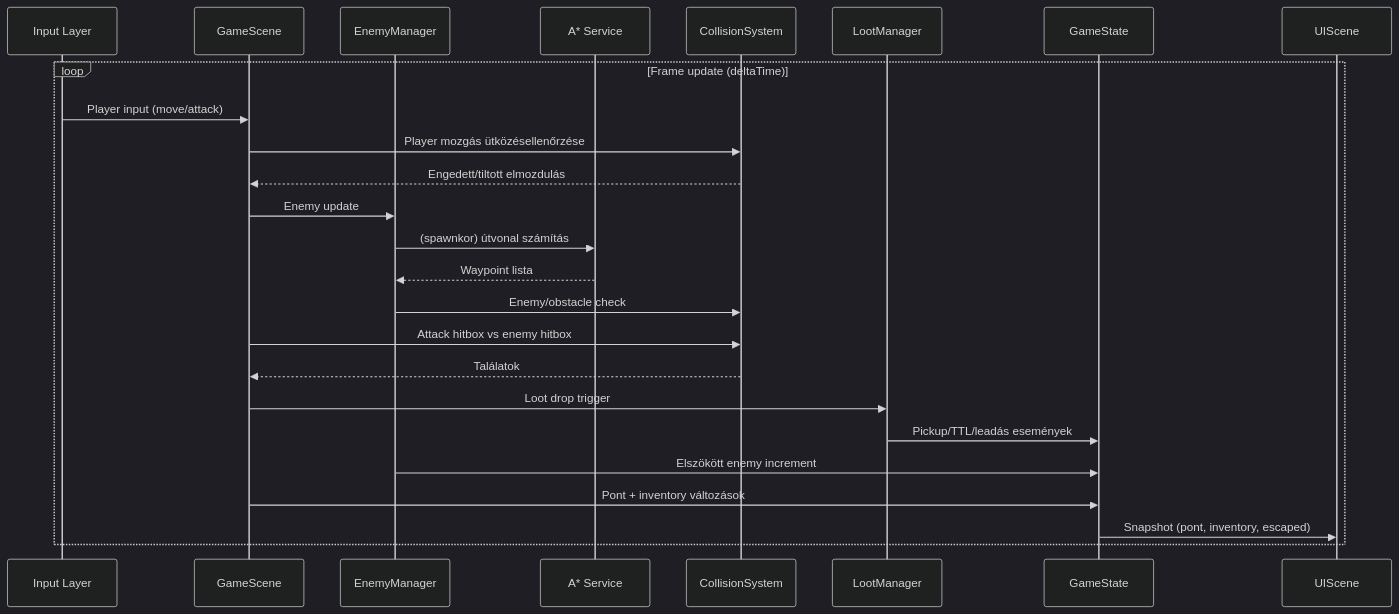
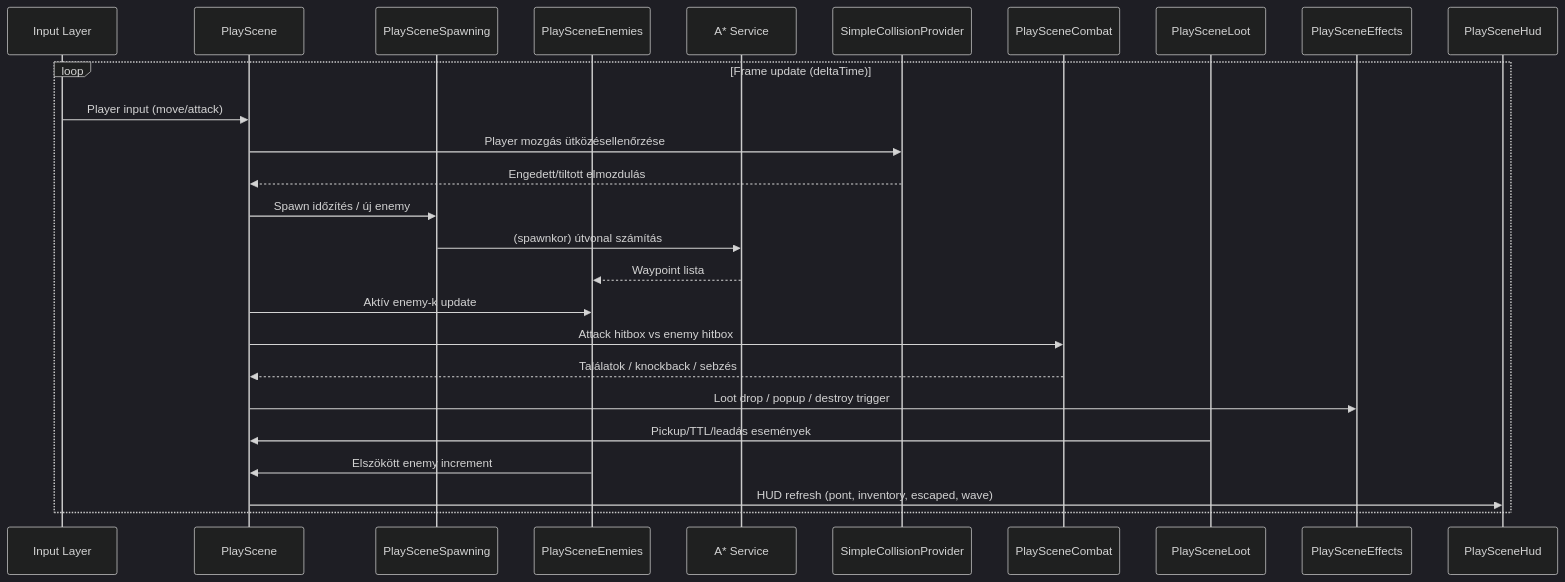
One commit to szakyster/HeroOfNVVH changed the first of 6 diagrams in docs/Architecture.md. Above: the diagram before and after it, drawn with Mermaid (dark theme). The commit also changed other lines of this file and 4 other files, not shown here.

Commit message:
docs: refresh current game documentation

````diff
--- a/docs/Architecture.md
+++ b/docs/Architecture.md
@@ -154,32 +125,32 @@
 ```mermaid
 sequenceDiagram
     participant Input as Input Layer
-    participant Scene as GameScene
-    participant Enemy as EnemyManager
+  participant Scene as PlayScene
+  participant Spawn as PlaySceneSpawning
+  participant Enemy as PlaySceneEnemies
     participant Path as A* Service
-    participant Coll as CollisionSystem
-    participant Loot as LootManager
-    participant State as GameState
-    participant UI as UIScene
+  participant Coll as SimpleCollisionProvider
+  participant Combat as PlaySceneCombat
+  participant Loot as PlaySceneLoot
+  participant FX as PlaySceneEffects
+  participant UI as PlaySceneHud
 
     loop Frame update (deltaTime)
         Input->>Scene: Player input (move/attack)
         Scene->>Coll: Player mozgás ütközésellenőrzése
         Coll-->>Scene: Engedett/tiltott elmozdulás
 
-        Scene->>Enemy: Enemy update
-        Enemy->>Path: (spawnkor) útvonal számítás
+        Scene->>Spawn: Spawn időzítés / új enemy
+        Spawn->>Path: (spawnkor) útvonal számítás
         Path-->>Enemy: Waypoint lista
-        Enemy->>Coll: Enemy/obstacle check
+        Scene->>Enemy: Aktív enemy-k update
 
-        Scene->>Coll: Attack hitbox vs enemy hitbox
-        Coll-->>Scene: Találatok
-        Scene->>Loot: Loot drop trigger
+        Scene->>Combat: Attack hitbox vs enemy hitbox
+        Combat-->>Scene: Találatok / knockback / sebzés
+        Scene->>FX: Loot drop / popup / destroy trigger
 
-        Loot->>State: Pickup/TTL/leadás események
-        Enemy->>State: Elszökött enemy increment
-        Scene->>State: Pont + inventory változások
-
-        State->>UI: Snapshot (pont, inventory, escaped)
+        Loot->>Scene: Pickup/TTL/leadás események
+        Enemy->>Scene: Elszökött enemy increment
+        Scene->>UI: HUD refresh (pont, inventory, escaped, wave)
     end
 ```
````
